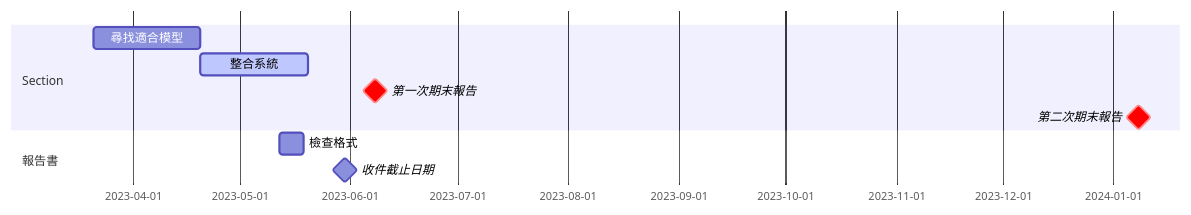
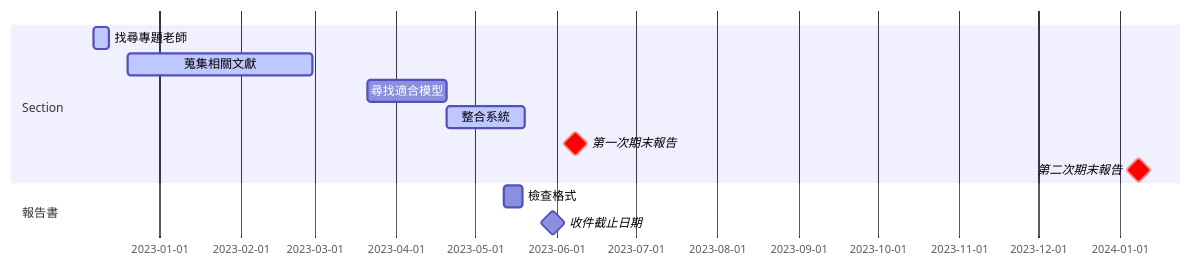
The third of 3 diagrams in README.md (kakeru13468/A02_AI_Video_Generation), drawn with Mermaid before and after one commit.

Commit message:
modify the Gantt chart

````diff
--- a/README.md
+++ b/README.md
@@ -42,15 +42,17 @@
 ```mermaid
 gantt
     todayMarker
     dateFormat  YYYY-MM-DD
 
     section Section
+    找尋專題老師       : active, a1, 2022-12-07, 6d
+    蒐集相關文獻      : active, after a1, 2022-12-20, 70d
     尋找適合模型         : a1, 2023-03-21, 30d
     整合系統             : active, after a1, 30d
     第一次期末報告       : crit, milestone, 2023-06-08,  8min
     第二次期末報告       : crit, milestone, 2024-01-08,  8min %%FIXME
 
     section 報告書
     檢查格式             : 2023-05-12, 1w
     收件截止日期          : milestone, 2023-05-30, 1d
 ```
````
